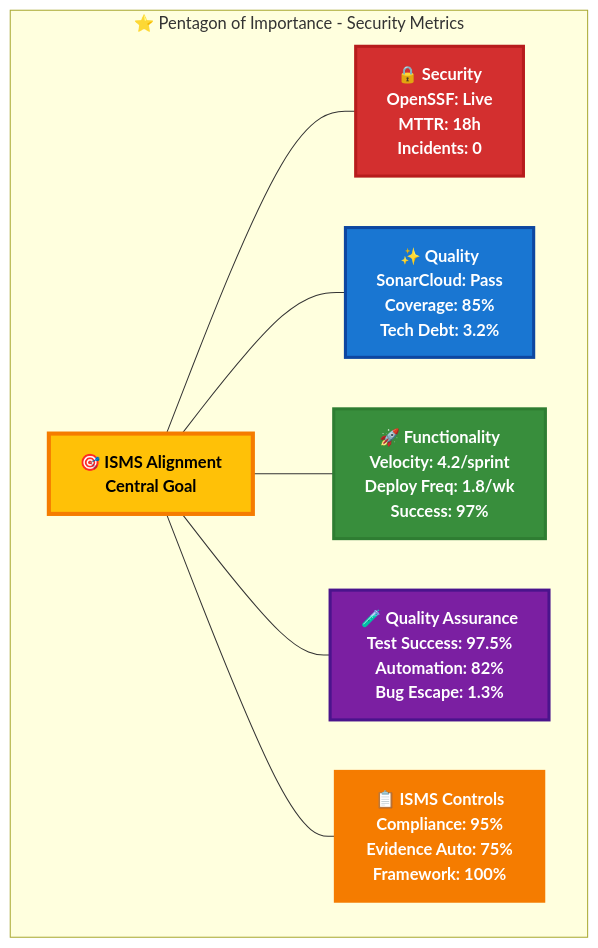
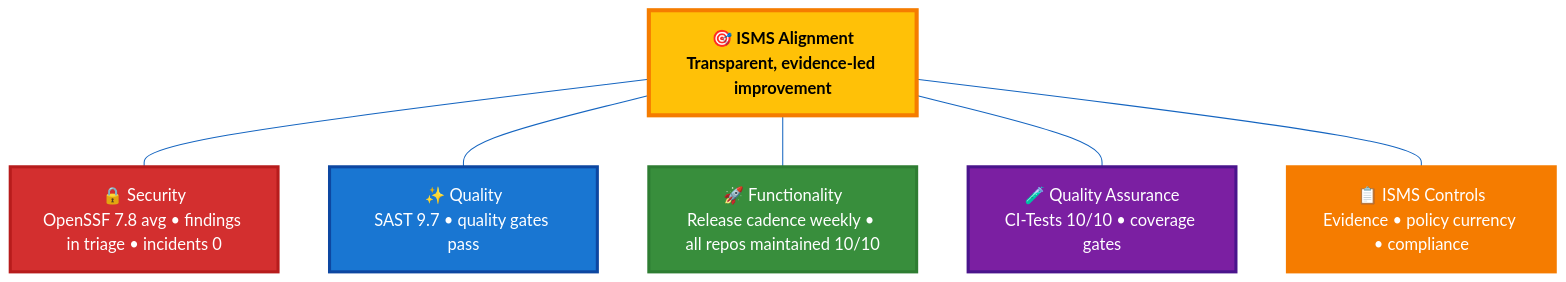
The first of 2 diagrams in Security_Metrics.md (Hack23/ISMS-PUBLIC), drawn with Mermaid before and after one commit. The commit also changed other lines of this file, not shown here.

````diff
--- a/Security_Metrics.md
+++ b/Security_Metrics.md
@@ -472,32 +284,33 @@
 ```mermaid
+%%{init: {'theme': 'base', 'themeVariables': {'primaryColor': '#1565C0', 'primaryTextColor': '#ffffff', 'lineColor': '#1565C0'}}}%%
 graph TB
-    subgraph "⭐ Pentagon of Importance - Security Metrics"
-        CENTER["🎯 ISMS Alignment<br/>Central Goal"]
-        
-        SEC["🔒 Security<br/>OpenSSF: Live<br/>MTTR: 18h<br/>Incidents: 0"]
-        QUAL["✨ Quality<br/>SonarCloud: Pass<br/>Coverage: 85%<br/>Tech Debt: 3.2%"]
-        FUNC["🚀 Functionality<br/>Velocity: 4.2/sprint<br/>Deploy Freq: 1.8/wk<br/>Success: 97%"]
-        QA["🧪 Quality Assurance<br/>Test Success: 97.5%<br/>Automation: 82%<br/>Bug Escape: 1.3%"]
-        ISMS_DIM["📋 ISMS Controls<br/>Compliance: 95%<br/>Evidence Auto: 75%<br/>Framework: 100%"]
-        
-        CENTER --- SEC
-        CENTER --- QUAL
-        CENTER --- FUNC
-        CENTER --- QA
-        CENTER --- ISMS_DIM
-    end
-    
+    CENTER["🎯 ISMS Alignment
+Transparent, evidence-led improvement"]
+    SEC["🔒 Security
+OpenSSF 7.8 avg • findings in triage • incidents 0"]
+    QUAL["✨ Quality
+SAST 9.7 • quality gates pass"]
+    FUNC["🚀 Functionality
+Release cadence weekly • all repos maintained 10/10"]
+    QA["🧪 Quality Assurance
+CI-Tests 10/10 • coverage gates"]
+    ISMSDIM["📋 ISMS Controls
+Evidence • policy currency • compliance"]
+    CENTER --- SEC
+    CENTER --- QUAL
+    CENTER --- FUNC
+    CENTER --- QA
+    CENTER --- ISMSDIM
     classDef center fill:#FFC107,stroke:#F57C00,stroke-width:4px,color:#000,font-weight:bold
-    classDef security fill:#D32F2F,stroke:#B71C1C,stroke-width:3px,color:#fff,font-weight:bold
-    classDef quality fill:#1976D2,stroke:#0D47A1,stroke-width:3px,color:#fff,font-weight:bold
-    classDef functionality fill:#388E3C,stroke:#2E7D32,stroke-width:3px,color:#fff,font-weight:bold
-    classDef qa fill:#7B1FA2,stroke:#4A148C,stroke-width:3px,color:#fff,font-weight:bold
-    classDef isms fill:#F57C00,stroke:#F57C00,stroke-width:3px,color:#fff,font-weight:bold
-    
+    classDef security fill:#D32F2F,stroke:#B71C1C,stroke-width:3px,color:#fff
+    classDef quality fill:#1976D2,stroke:#0D47A1,stroke-width:3px,color:#fff
+    classDef functionality fill:#388E3C,stroke:#2E7D32,stroke-width:3px,color:#fff
+    classDef qa fill:#7B1FA2,stroke:#4A148C,stroke-width:3px,color:#fff
+    classDef isms fill:#F57C00,stroke:#F57C00,stroke-width:3px,color:#fff
     class CENTER center
     class SEC security
     class QUAL quality
     class FUNC functionality
     class QA qa
-    class ISMS_DIM isms
+    class ISMSDIM isms
 ```
````
